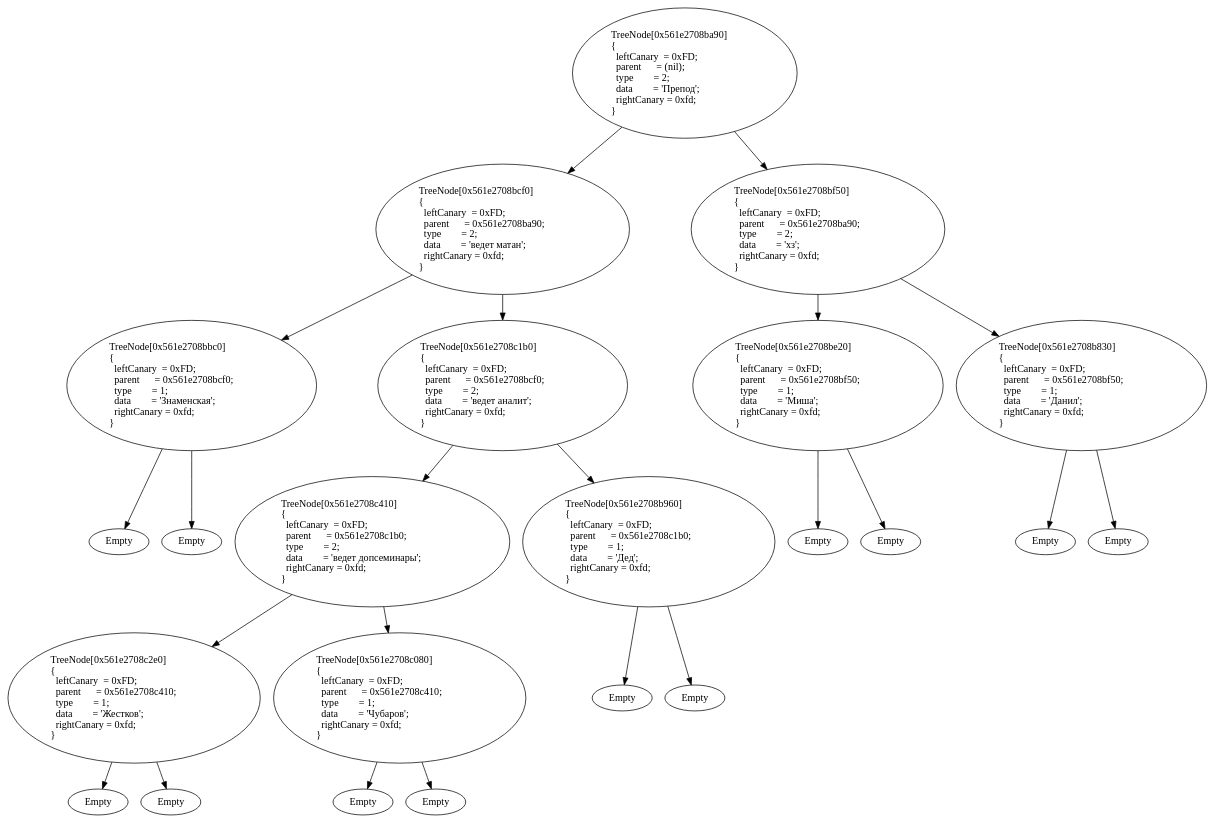
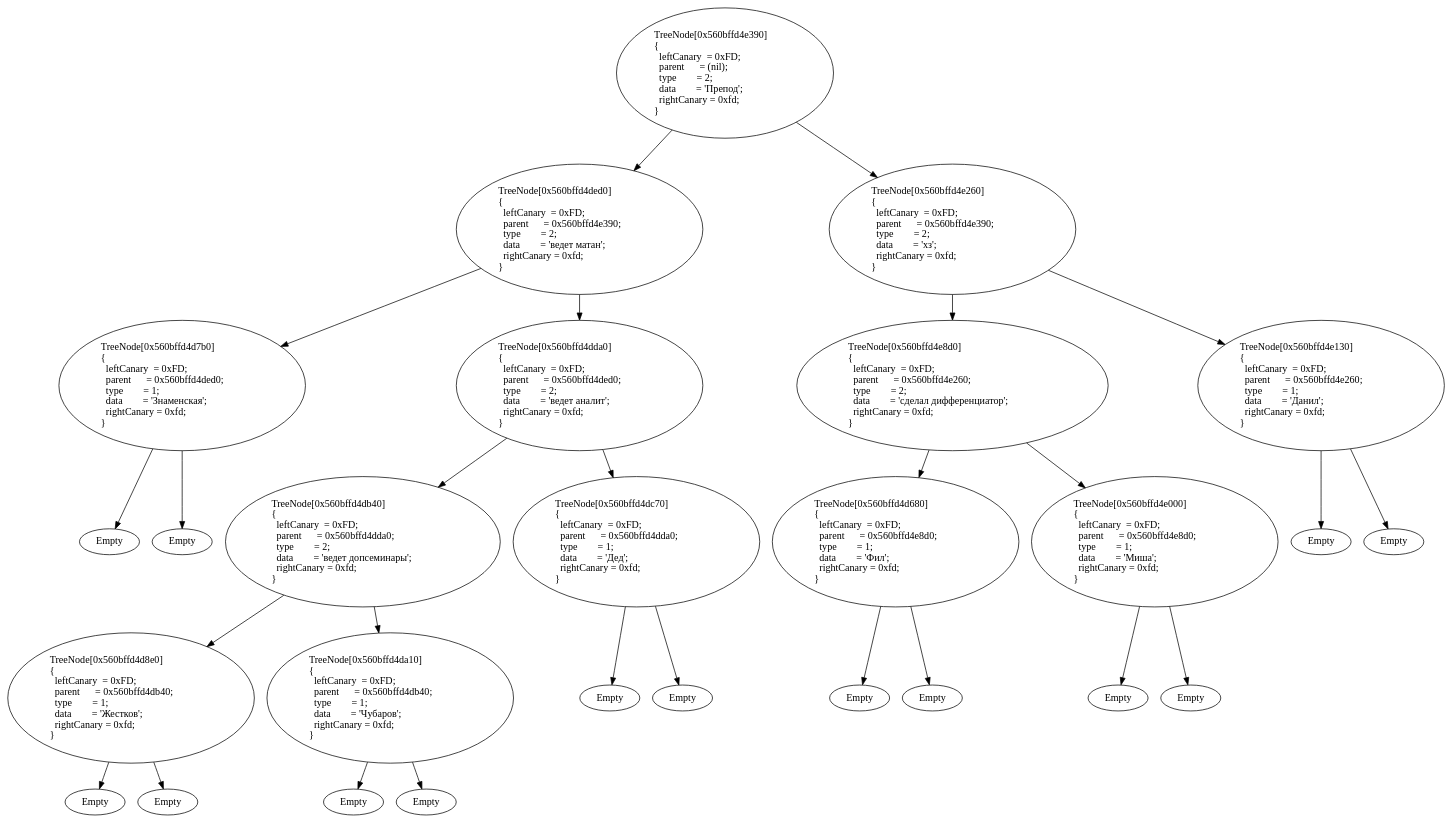
The diagram in Akinator/AkinatorDump.gv (ZeronSix/technotrack), drawn with Graphviz before and after one commit. The commit also changed 4 other files, not shown here.

```diff
--- a/Akinator/AkinatorDump.gv
+++ b/Akinator/AkinatorDump.gv
@@ -1,47 +1,55 @@
 digraph G {
-TreeNode_0x561e2708ba90 [label="TreeNode[0x561e2708ba90]\l{\l   leftCanary  = 0xFD;\l   parent      = (nil);\l   type        = 2;\l   data        = 'Препод';\l   rightCanary = 0xfd;\l}\l"]
-TreeNode_0x561e2708bcf0 [label="TreeNode[0x561e2708bcf0]\l{\l   leftCanary  = 0xFD;\l   parent      = 0x561e2708ba90;\l   type        = 2;\l   data        = 'ведет матан';\l   rightCanary = 0xfd;\l}\l"]
-TreeNode_0x561e2708bbc0 [label="TreeNode[0x561e2708bbc0]\l{\l   leftCanary  = 0xFD;\l   parent      = 0x561e2708bcf0;\l   type        = 1;\l   data        = 'Знаменская';\l   rightCanary = 0xfd;\l}\l"]
-TreeNode_0x561e2708bbc0_Left [label="Empty"]
-TreeNode_0x561e2708bbc0 -> TreeNode_0x561e2708bbc0_Left
-TreeNode_0x561e2708bbc0_Right [label="Empty"]
-TreeNode_0x561e2708bbc0 -> TreeNode_0x561e2708bbc0_Right
-TreeNode_0x561e2708c1b0 [label="TreeNode[0x561e2708c1b0]\l{\l   leftCanary  = 0xFD;\l   parent      = 0x561e2708bcf0;\l   type        = 2;\l   data        = 'ведет аналит';\l   rightCanary = 0xfd;\l}\l"]
-TreeNode_0x561e2708c410 [label="TreeNode[0x561e2708c410]\l{\l   leftCanary  = 0xFD;\l   parent      = 0x561e2708c1b0;\l   type        = 2;\l   data        = 'ведет допсеминары';\l   rightCanary = 0xfd;\l}\l"]
-TreeNode_0x561e2708c2e0 [label="TreeNode[0x561e2708c2e0]\l{\l   leftCanary  = 0xFD;\l   parent      = 0x561e2708c410;\l   type        = 1;\l   data        = 'Жестков';\l   rightCanary = 0xfd;\l}\l"]
-TreeNode_0x561e2708c2e0_Left [label="Empty"]
-TreeNode_0x561e2708c2e0 -> TreeNode_0x561e2708c2e0_Left
-TreeNode_0x561e2708c2e0_Right [label="Empty"]
-TreeNode_0x561e2708c2e0 -> TreeNode_0x561e2708c2e0_Right
-TreeNode_0x561e2708c080 [label="TreeNode[0x561e2708c080]\l{\l   leftCanary  = 0xFD;\l   parent      = 0x561e2708c410;\l   type        = 1;\l   data        = 'Чубаров';\l   rightCanary = 0xfd;\l}\l"]
-TreeNode_0x561e2708c080_Left [label="Empty"]
-TreeNode_0x561e2708c080 -> TreeNode_0x561e2708c080_Left
-TreeNode_0x561e2708c080_Right [label="Empty"]
-TreeNode_0x561e2708c080 -> TreeNode_0x561e2708c080_Right
-TreeNode_0x561e2708c410 -> TreeNode_0x561e2708c2e0
-TreeNode_0x561e2708c410 -> TreeNode_0x561e2708c080
-TreeNode_0x561e2708b960 [label="TreeNode[0x561e2708b960]\l{\l   leftCanary  = 0xFD;\l   parent      = 0x561e2708c1b0;\l   type        = 1;\l   data        = 'Дед';\l   rightCanary = 0xfd;\l}\l"]
-TreeNode_0x561e2708b960_Left [label="Empty"]
-TreeNode_0x561e2708b960 -> TreeNode_0x561e2708b960_Left
-TreeNode_0x561e2708b960_Right [label="Empty"]
-TreeNode_0x561e2708b960 -> TreeNode_0x561e2708b960_Right
-TreeNode_0x561e2708c1b0 -> TreeNode_0x561e2708c410
-TreeNode_0x561e2708c1b0 -> TreeNode_0x561e2708b960
-TreeNode_0x561e2708bcf0 -> TreeNode_0x561e2708bbc0
-TreeNode_0x561e2708bcf0 -> TreeNode_0x561e2708c1b0
-TreeNode_0x561e2708bf50 [label="TreeNode[0x561e2708bf50]\l{\l   leftCanary  = 0xFD;\l   parent      = 0x561e2708ba90;\l   type        = 2;\l   data        = 'хз';\l   rightCanary = 0xfd;\l}\l"]
-TreeNode_0x561e2708be20 [label="TreeNode[0x561e2708be20]\l{\l   leftCanary  = 0xFD;\l   parent      = 0x561e2708bf50;\l   type        = 1;\l   data        = 'Миша';\l   rightCanary = 0xfd;\l}\l"]
-TreeNode_0x561e2708be20_Left [label="Empty"]
-TreeNode_0x561e2708be20 -> TreeNode_0x561e2708be20_Left
-TreeNode_0x561e2708be20_Right [label="Empty"]
-TreeNode_0x561e2708be20 -> TreeNode_0x561e2708be20_Right
-TreeNode_0x561e2708b830 [label="TreeNode[0x561e2708b830]\l{\l   leftCanary  = 0xFD;\l   parent      = 0x561e2708bf50;\l   type        = 1;\l   data        = 'Данил';\l   rightCanary = 0xfd;\l}\l"]
-TreeNode_0x561e2708b830_Left [label="Empty"]
-TreeNode_0x561e2708b830 -> TreeNode_0x561e2708b830_Left
-TreeNode_0x561e2708b830_Right [label="Empty"]
-TreeNode_0x561e2708b830 -> TreeNode_0x561e2708b830_Right
-TreeNode_0x561e2708bf50 -> TreeNode_0x561e2708be20
-TreeNode_0x561e2708bf50 -> TreeNode_0x561e2708b830
-TreeNode_0x561e2708ba90 -> TreeNode_0x561e2708bcf0
-TreeNode_0x561e2708ba90 -> TreeNode_0x561e2708bf50
+TreeNode_0x560bffd4e390 [label="TreeNode[0x560bffd4e390]\l{\l   leftCanary  = 0xFD;\l   parent      = (nil);\l   type        = 2;\l   data        = 'Препод';\l   rightCanary = 0xfd;\l}\l"]
+TreeNode_0x560bffd4ded0 [label="TreeNode[0x560bffd4ded0]\l{\l   leftCanary  = 0xFD;\l   parent      = 0x560bffd4e390;\l   type        = 2;\l   data        = 'ведет матан';\l   rightCanary = 0xfd;\l}\l"]
+TreeNode_0x560bffd4d7b0 [label="TreeNode[0x560bffd4d7b0]\l{\l   leftCanary  = 0xFD;\l   parent      = 0x560bffd4ded0;\l   type        = 1;\l   data        = 'Знаменская';\l   rightCanary = 0xfd;\l}\l"]
+TreeNode_0x560bffd4d7b0_Left [label="Empty"]
+TreeNode_0x560bffd4d7b0 -> TreeNode_0x560bffd4d7b0_Left
+TreeNode_0x560bffd4d7b0_Right [label="Empty"]
+TreeNode_0x560bffd4d7b0 -> TreeNode_0x560bffd4d7b0_Right
+TreeNode_0x560bffd4dda0 [label="TreeNode[0x560bffd4dda0]\l{\l   leftCanary  = 0xFD;\l   parent      = 0x560bffd4ded0;\l   type        = 2;\l   data        = 'ведет аналит';\l   rightCanary = 0xfd;\l}\l"]
+TreeNode_0x560bffd4db40 [label="TreeNode[0x560bffd4db40]\l{\l   leftCanary  = 0xFD;\l   parent      = 0x560bffd4dda0;\l   type        = 2;\l   data        = 'ведет допсеминары';\l   rightCanary = 0xfd;\l}\l"]
+TreeNode_0x560bffd4d8e0 [label="TreeNode[0x560bffd4d8e0]\l{\l   leftCanary  = 0xFD;\l   parent      = 0x560bffd4db40;\l   type        = 1;\l   data        = 'Жестков';\l   rightCanary = 0xfd;\l}\l"]
+TreeNode_0x560bffd4d8e0_Left [label="Empty"]
+TreeNode_0x560bffd4d8e0 -> TreeNode_0x560bffd4d8e0_Left
+TreeNode_0x560bffd4d8e0_Right [label="Empty"]
+TreeNode_0x560bffd4d8e0 -> TreeNode_0x560bffd4d8e0_Right
+TreeNode_0x560bffd4da10 [label="TreeNode[0x560bffd4da10]\l{\l   leftCanary  = 0xFD;\l   parent      = 0x560bffd4db40;\l   type        = 1;\l   data        = 'Чубаров';\l   rightCanary = 0xfd;\l}\l"]
+TreeNode_0x560bffd4da10_Left [label="Empty"]
+TreeNode_0x560bffd4da10 -> TreeNode_0x560bffd4da10_Left
+TreeNode_0x560bffd4da10_Right [label="Empty"]
+TreeNode_0x560bffd4da10 -> TreeNode_0x560bffd4da10_Right
+TreeNode_0x560bffd4db40 -> TreeNode_0x560bffd4d8e0
+TreeNode_0x560bffd4db40 -> TreeNode_0x560bffd4da10
+TreeNode_0x560bffd4dc70 [label="TreeNode[0x560bffd4dc70]\l{\l   leftCanary  = 0xFD;\l   parent      = 0x560bffd4dda0;\l   type        = 1;\l   data        = 'Дед';\l   rightCanary = 0xfd;\l}\l"]
+TreeNode_0x560bffd4dc70_Left [label="Empty"]
+TreeNode_0x560bffd4dc70 -> TreeNode_0x560bffd4dc70_Left
+TreeNode_0x560bffd4dc70_Right [label="Empty"]
+TreeNode_0x560bffd4dc70 -> TreeNode_0x560bffd4dc70_Right
+TreeNode_0x560bffd4dda0 -> TreeNode_0x560bffd4db40
+TreeNode_0x560bffd4dda0 -> TreeNode_0x560bffd4dc70
+TreeNode_0x560bffd4ded0 -> TreeNode_0x560bffd4d7b0
+TreeNode_0x560bffd4ded0 -> TreeNode_0x560bffd4dda0
+TreeNode_0x560bffd4e260 [label="TreeNode[0x560bffd4e260]\l{\l   leftCanary  = 0xFD;\l   parent      = 0x560bffd4e390;\l   type        = 2;\l   data        = 'хз';\l   rightCanary = 0xfd;\l}\l"]
+TreeNode_0x560bffd4e8d0 [label="TreeNode[0x560bffd4e8d0]\l{\l   leftCanary  = 0xFD;\l   parent      = 0x560bffd4e260;\l   type        = 2;\l   data        = 'сделал дифференциатор';\l   rightCanary = 0xfd;\l}\l"]
+TreeNode_0x560bffd4d680 [label="TreeNode[0x560bffd4d680]\l{\l   leftCanary  = 0xFD;\l   parent      = 0x560bffd4e8d0;\l   type        = 1;\l   data        = 'Фил';\l   rightCanary = 0xfd;\l}\l"]
+TreeNode_0x560bffd4d680_Left [label="Empty"]
+TreeNode_0x560bffd4d680 -> TreeNode_0x560bffd4d680_Left
+TreeNode_0x560bffd4d680_Right [label="Empty"]
+TreeNode_0x560bffd4d680 -> TreeNode_0x560bffd4d680_Right
+TreeNode_0x560bffd4e000 [label="TreeNode[0x560bffd4e000]\l{\l   leftCanary  = 0xFD;\l   parent      = 0x560bffd4e8d0;\l   type        = 1;\l   data        = 'Миша';\l   rightCanary = 0xfd;\l}\l"]
+TreeNode_0x560bffd4e000_Left [label="Empty"]
+TreeNode_0x560bffd4e000 -> TreeNode_0x560bffd4e000_Left
+TreeNode_0x560bffd4e000_Right [label="Empty"]
+TreeNode_0x560bffd4e000 -> TreeNode_0x560bffd4e000_Right
+TreeNode_0x560bffd4e8d0 -> TreeNode_0x560bffd4d680
+TreeNode_0x560bffd4e8d0 -> TreeNode_0x560bffd4e000
+TreeNode_0x560bffd4e130 [label="TreeNode[0x560bffd4e130]\l{\l   leftCanary  = 0xFD;\l   parent      = 0x560bffd4e260;\l   type        = 1;\l   data        = 'Данил';\l   rightCanary = 0xfd;\l}\l"]
+TreeNode_0x560bffd4e130_Left [label="Empty"]
+TreeNode_0x560bffd4e130 -> TreeNode_0x560bffd4e130_Left
+TreeNode_0x560bffd4e130_Right [label="Empty"]
+TreeNode_0x560bffd4e130 -> TreeNode_0x560bffd4e130_Right
+TreeNode_0x560bffd4e260 -> TreeNode_0x560bffd4e8d0
+TreeNode_0x560bffd4e260 -> TreeNode_0x560bffd4e130
+TreeNode_0x560bffd4e390 -> TreeNode_0x560bffd4ded0
+TreeNode_0x560bffd4e390 -> TreeNode_0x560bffd4e260
 }
```
